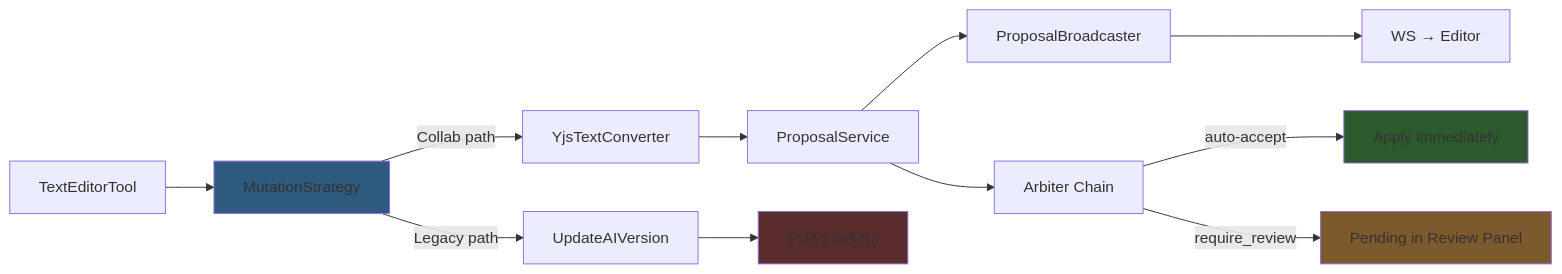
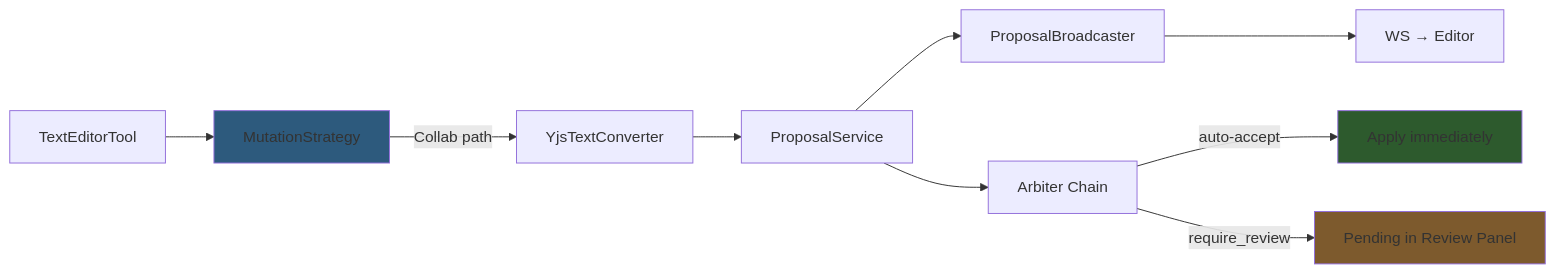
One commit to haowjy/meridian-flow changed the diagram in _docs/features/fb-collab-ai-bridge/README.md. Above: the diagram before and after it, drawn with Mermaid. The commit also changed other lines of this file and 15 other files, not shown here.

````diff
--- a/_docs/features/fb-collab-ai-bridge/README.md
+++ b/_docs/features/fb-collab-ai-bridge/README.md
@@ -34,19 +32,15 @@
 ```mermaid
 flowchart LR
     A["TextEditorTool"] --> B["MutationStrategy"]
     B -->|Collab path| C["YjsTextConverter"]
     C --> D["ProposalService"]
     D --> E["ProposalBroadcaster"]
     E --> F["WS → Editor"]
     D --> G["Arbiter Chain"]
     G -->|auto-accept| H["Apply immediately"]
     G -->|require_review| I["Pending in Review Panel"]
 
-    B -->|Legacy path| J["UpdateAIVersion"]
-    J --> K["PUA markers"]
-
     style B fill:#2d5a7d
     style H fill:#2d5a2d
     style I fill:#7d5a2d
-    style K fill:#5a2d2d
 ```
````
